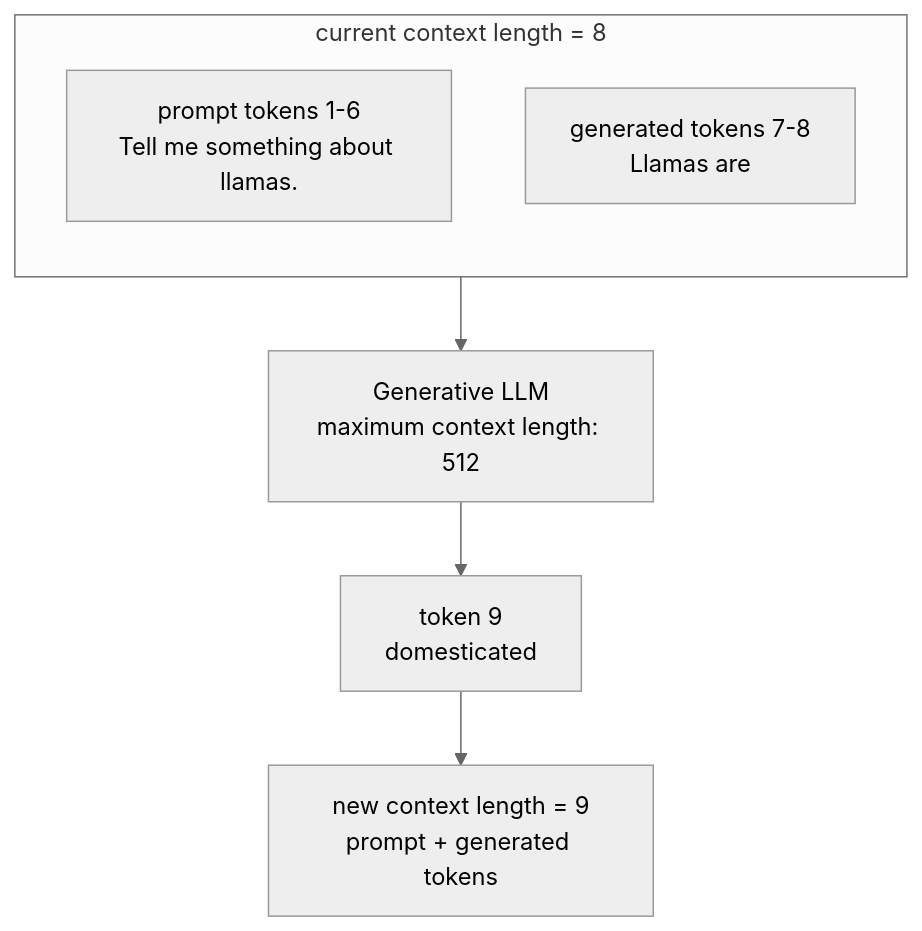
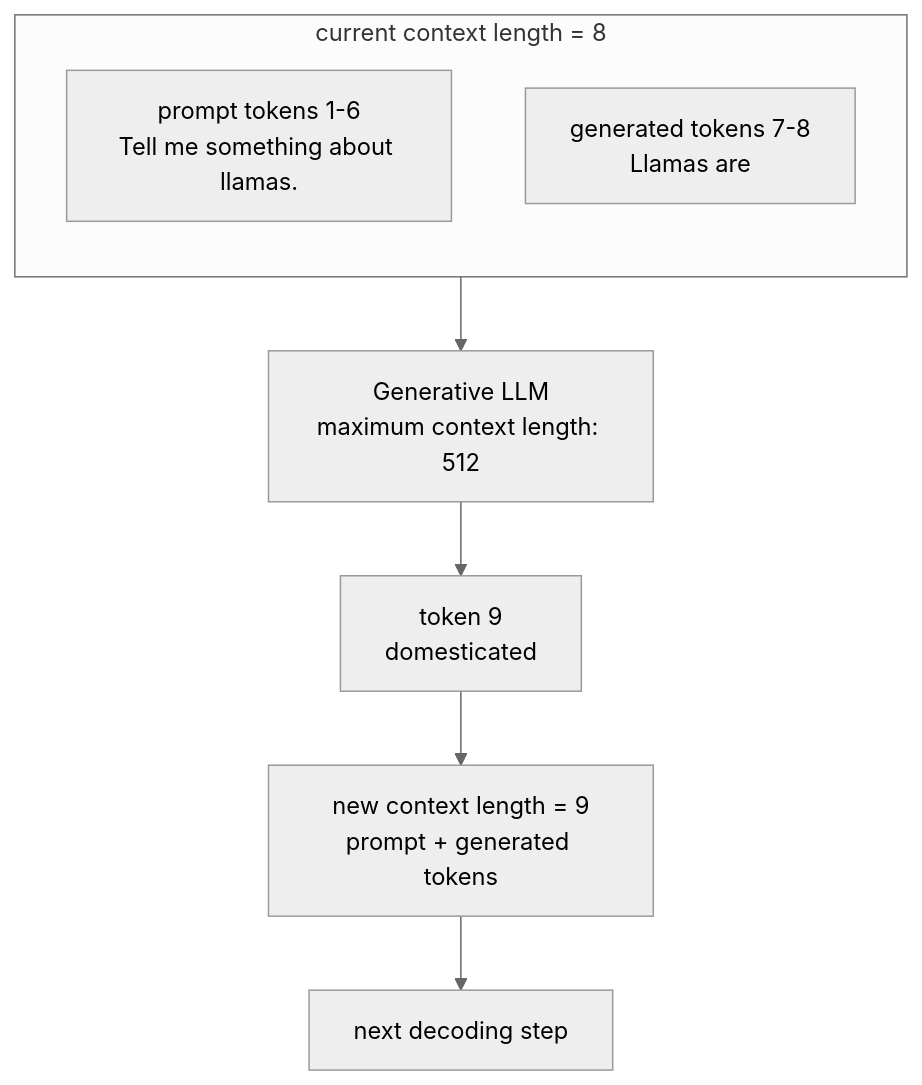
One commit to sanjaykumarpushadapu/MTech changed diagram 12 of 15 in 2026-2027-Sem1/AIMLZG536-LLMForGenerativeAI/notes/S01-foundations.md. Above: the diagram before and after it, drawn with Mermaid (neutral theme). The commit also changed 2 other files, not shown here.

Commit message:
fix s mermaid

````diff
--- a/2026-2027-Sem1/AIMLZG536-LLMForGenerativeAI/notes/S01-foundations.md
+++ b/2026-2027-Sem1/AIMLZG536-LLMForGenerativeAI/notes/S01-foundations.md
@@ -724,11 +724,12 @@
 ```mermaid
 flowchart TD
     subgraph CTX["current context length = 8"]
         direction TB
         P["prompt tokens 1-6<br/>Tell me something about llamas."]
         G["generated tokens 7-8<br/>Llamas are"]
     end
     CTX --> M["Generative LLM<br/>maximum context length: 512"]
     M --> O["token 9<br/>domesticated"]
     O --> NCTX["new context length = 9<br/>prompt + generated tokens"]
+    NCTX --> NEXT["next decoding step"]
 ```
````
